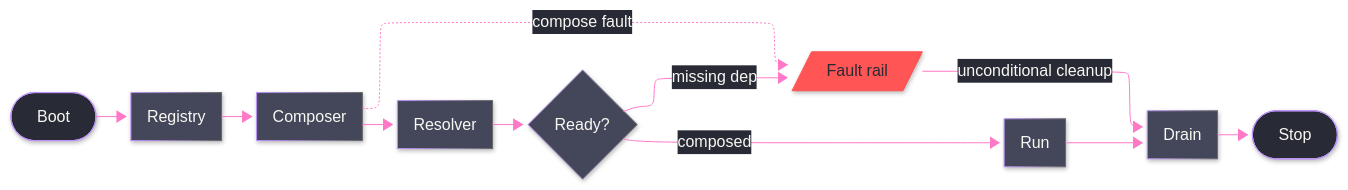
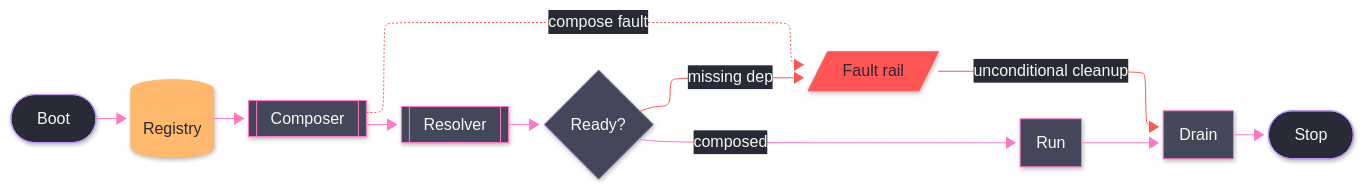
One commit to bsamiee/Rasm changed the diagram in .claude/skills/mermaid-diagramming/templates/spine.mmd.md. Above: the diagram before and after it, drawn with Mermaid. The commit also changed other lines of this file and 55 other files, not shown here.

````diff
--- a/.claude/skills/mermaid-diagramming/templates/spine.mmd.md
+++ b/.claude/skills/mermaid-diagramming/templates/spine.mmd.md
@@ -5,34 +5,40 @@
 ```mermaid
 ---
 config:
   layout: elk
   look: neo
   theme: base
   themeVariables:
     darkMode: true
     background: "#282A36"
     primaryColor: "#44475A"
     primaryTextColor: "#F8F8F2"
     primaryBorderColor: "#BD93F9"
     lineColor: "#FF79C6"
     textColor: "#F8F8F2"
     edgeLabelBackground: "#282A36"
+    fontFamily: "monospace"
 ---
 flowchart LR
     accTitle: Owner-set spine
-    accDescr: The once-walked main path from boot through compose, readiness gate, run, and drain, with every stage fault converging on one rail that rejoins drain.
-    Boot([Boot]) --> Registry[Registry]
-    Registry --> Composer[Composer]
-    Composer --> Resolver[Resolver]
+    accDescr: The once-walked main path from boot through compose, readiness gate, run, and drain, with every stage fault converging on one red rail that rejoins drain.
+    Boot([Boot]) --> Registry[(Registry)]
+    Registry --> Composer[[Composer]]
+    Composer --> Resolver[[Resolver]]
     Resolver --> Ready{Ready?}
     Ready -->|composed| Run[Run]
     Ready -->|missing dep| Fault[/Fault rail/]
     Composer -.->|compose fault| Fault
     Run --> Drain[Drain]
     Fault -->|unconditional cleanup| Drain
     Drain --> Stop([Stop])
+    linkStyle 5,6,8 stroke:#FF5555
     classDef boundary fill:#282A36,stroke:#BD93F9,color:#F8F8F2
     classDef error fill:#FF5555,stroke:#FF5555,color:#282A36
+    classDef primary fill:#44475A,stroke:#FF79C6,color:#F8F8F2
+    classDef data fill:#FFB86C,stroke:#FFB86C,color:#282A36
     class Boot,Stop boundary
     class Fault error
+    class Composer,Resolver,Run,Drain primary
+    class Registry data
 ```
````
